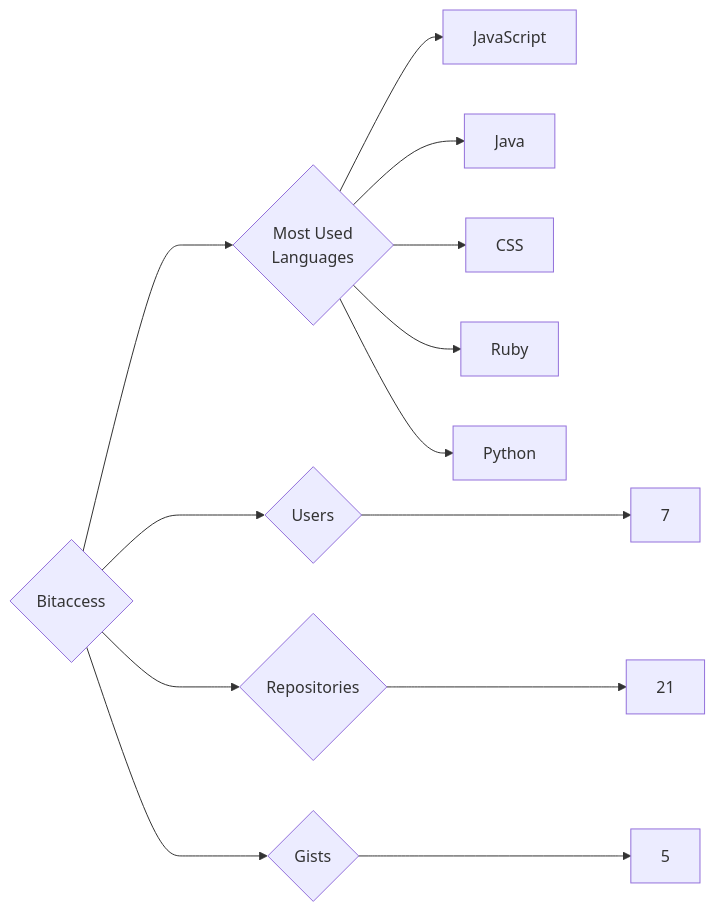
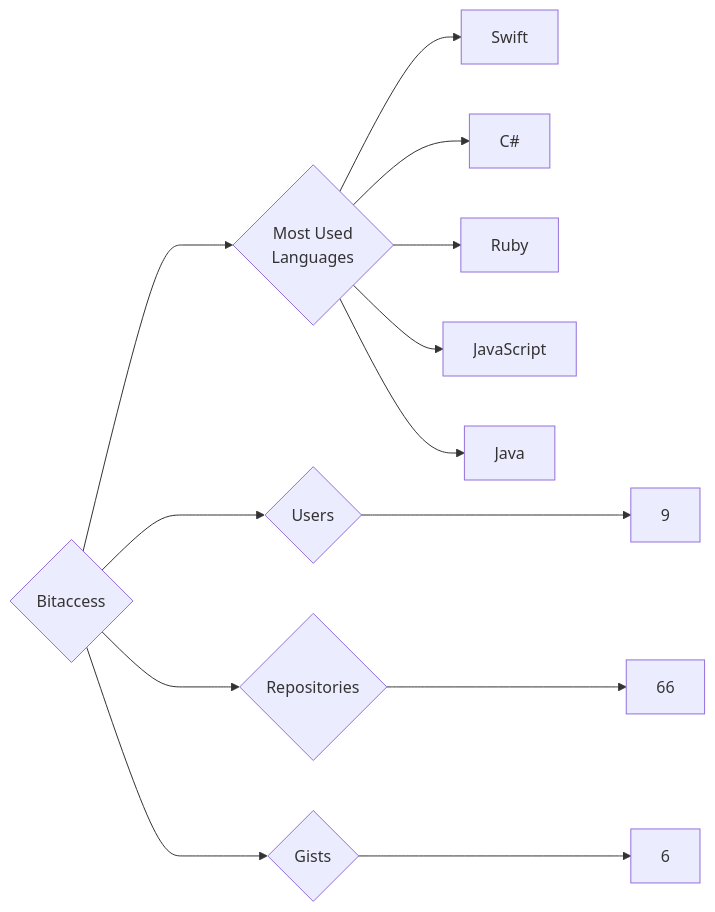
Before and after one commit to trickest/insiders: the diagram in targets/Bitaccess/README.md, drawn with Mermaid. The commit also changed 933 other files, not shown here.

````diff
--- a/targets/Bitaccess/README.md
+++ b/targets/Bitaccess/README.md
@@ -3,13 +3,13 @@
 ```mermaid
 graph LR
 COMPANY_NAME{Bitaccess}
-COMPANY_NAME ---> U{Users} ---> UN[7]
-COMPANY_NAME ---> R{Repositories} ---> RN[21]
-COMPANY_NAME ---> G{Gists} ---> GN[5]
+COMPANY_NAME ---> U{Users} ---> UN[9]
+COMPANY_NAME ---> R{Repositories} ---> RN[66]
+COMPANY_NAME ---> G{Gists} ---> GN[6]
 COMPANY_NAME ---> ML{Most Used<br>Languages}
+ML --> Swift[Swift]
+ML --> C#[C#]
+ML --> Ruby[Ruby]
 ML --> JavaScript[JavaScript]
 ML --> Java[Java]
-ML --> CSS[CSS]
-ML --> Ruby[Ruby]
-ML --> Python[Python]
 ```
````
